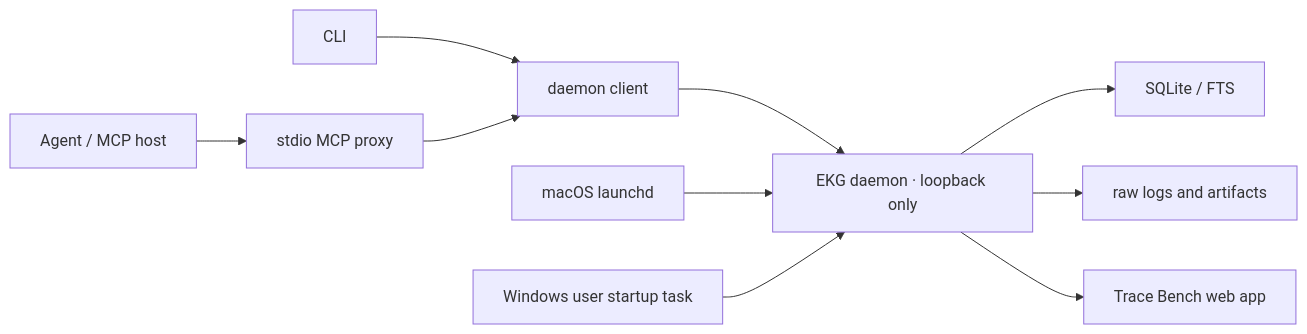
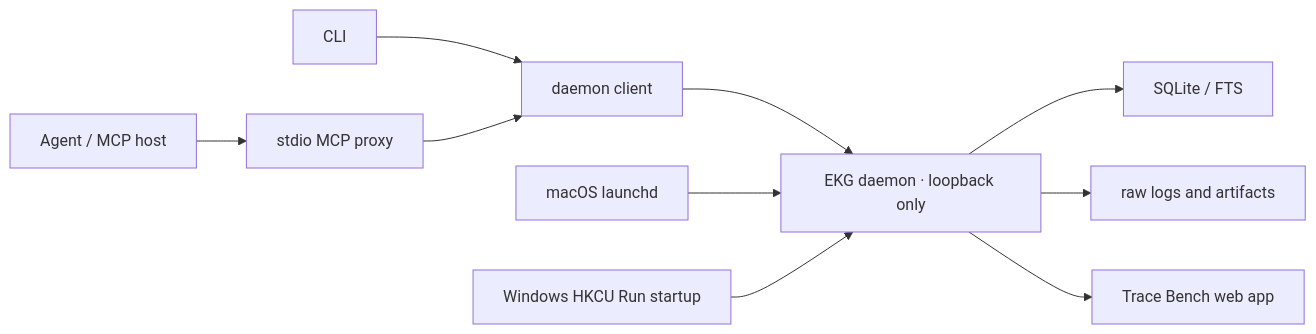
The diagram in docs/superpowers/specs/2026-07-15-daemon-relevance-speed-design.md (nimocat/fishbowl), drawn with Mermaid before and after one commit. The commit also changed other lines of this file, not shown here.

Commit message:
docs: use user-level Windows daemon startup

````diff
--- a/docs/superpowers/specs/2026-07-15-daemon-relevance-speed-design.md
+++ b/docs/superpowers/specs/2026-07-15-daemon-relevance-speed-design.md
@@ -46,12 +46,12 @@
 ```mermaid
 flowchart LR
     A["Agent / MCP host"] --> B["stdio MCP proxy"]
     C["CLI"] --> D["daemon client"]
     B --> D
     D --> E["EKG daemon · loopback only"]
     E --> F["SQLite / FTS"]
     E --> G["raw logs and artifacts"]
     E --> H["Trace Bench web app"]
     I["macOS launchd"] --> E
-    J["Windows user startup task"] --> E
+    J["Windows HKCU Run startup"] --> E
 ```
````
